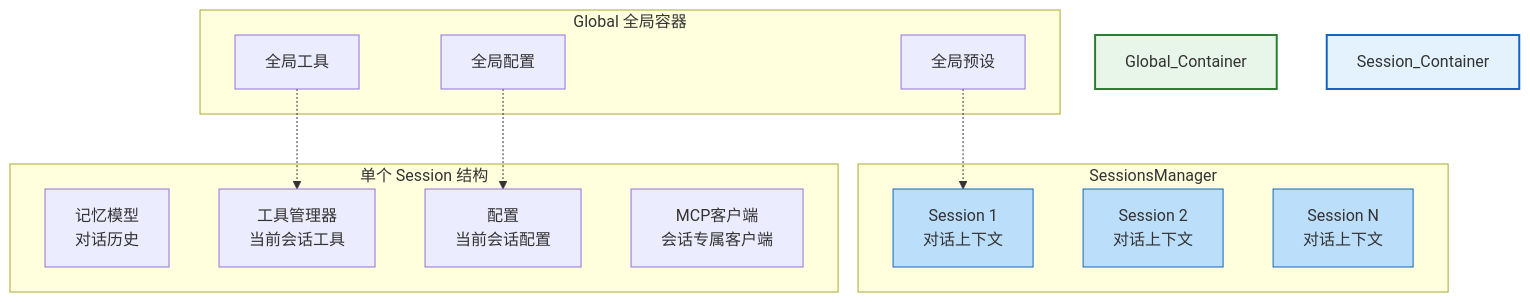
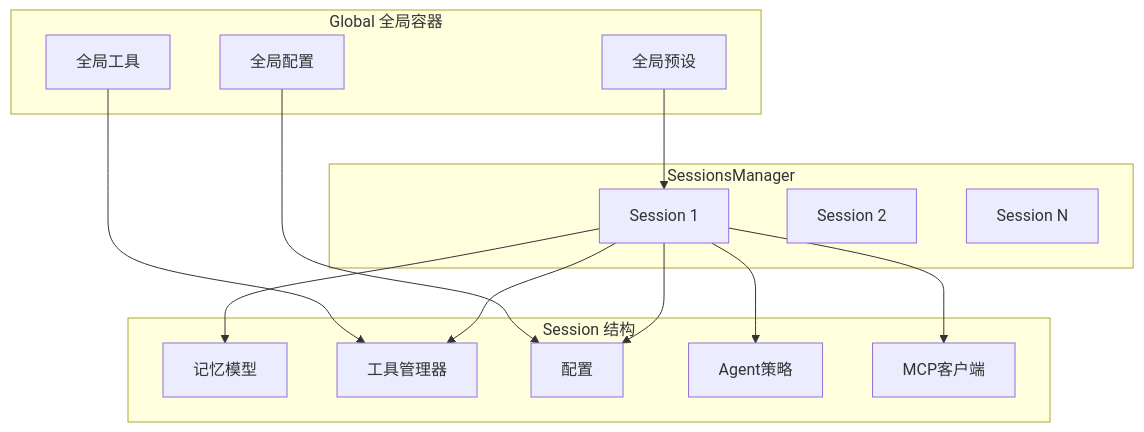
One commit to AmritaBot/AmritaCore changed the second of 4 diagrams in docs/zh/guide/getting-started/architecture.md. Above: the diagram before and after it, drawn with Mermaid. The commit also changed other lines of this file and 43 other files, not shown here.

````diff
--- a/docs/zh/guide/getting-started/architecture.md
+++ b/docs/zh/guide/getting-started/architecture.md
@@ -46,31 +57,32 @@
 ```mermaid
 graph TB
     subgraph "Global 全局容器"
         G_Tools[全局工具]
         G_Presets[全局预设]
         G_Config[全局配置]
     end
 
     subgraph "SessionsManager"
-        S1[Session 1<br/>对话上下文]
-        S2[Session 2<br/>对话上下文]
-        SN[Session N<br/>对话上下文]
+        S1[Session 1]
+        S2[Session 2]
+        SN[Session N]
     end
 
-    subgraph "单个 Session 结构"
-        Mem[记忆模型<br/>对话历史]
-        Tools[工具管理器<br/>当前会话工具]
-        Conf[配置<br/>当前会话配置]
-        MCP[MCP客户端<br/>会话专属客户端]
+    subgraph "Session 结构"
+        Mem[记忆模型]
+        Tools[工具管理器]
+        Conf[配置]
+        Strat[Agent策略]
+        MCP_Client[MCP客户端]
     end
 
-    G_Tools -.-> Tools
-    G_Presets -.-> S1
-    G_Config -.-> Conf
+    G_Tools --> Tools
+    G_Presets --> S1
+    G_Config --> Conf
 
-    style Global_Container fill:#e8f5e9,stroke:#2e7d32,stroke-width:2px
-    style Session_Container fill:#e3f2fd,stroke:#1565c0,stroke-width:2px
-    style S1 fill:#bbdefb,stroke:#1565c0,stroke-width:1px
-    style S2 fill:#bbdefb,stroke:#1565c0,stroke-width:1px
-    style SN fill:#bbdefb,stroke:#1565c0,stroke-width:1px
+    S1 --> Mem
+    S1 --> Tools
+    S1 --> Conf
+    S1 --> Strat
+    S1 --> MCP_Client
 ```
````
